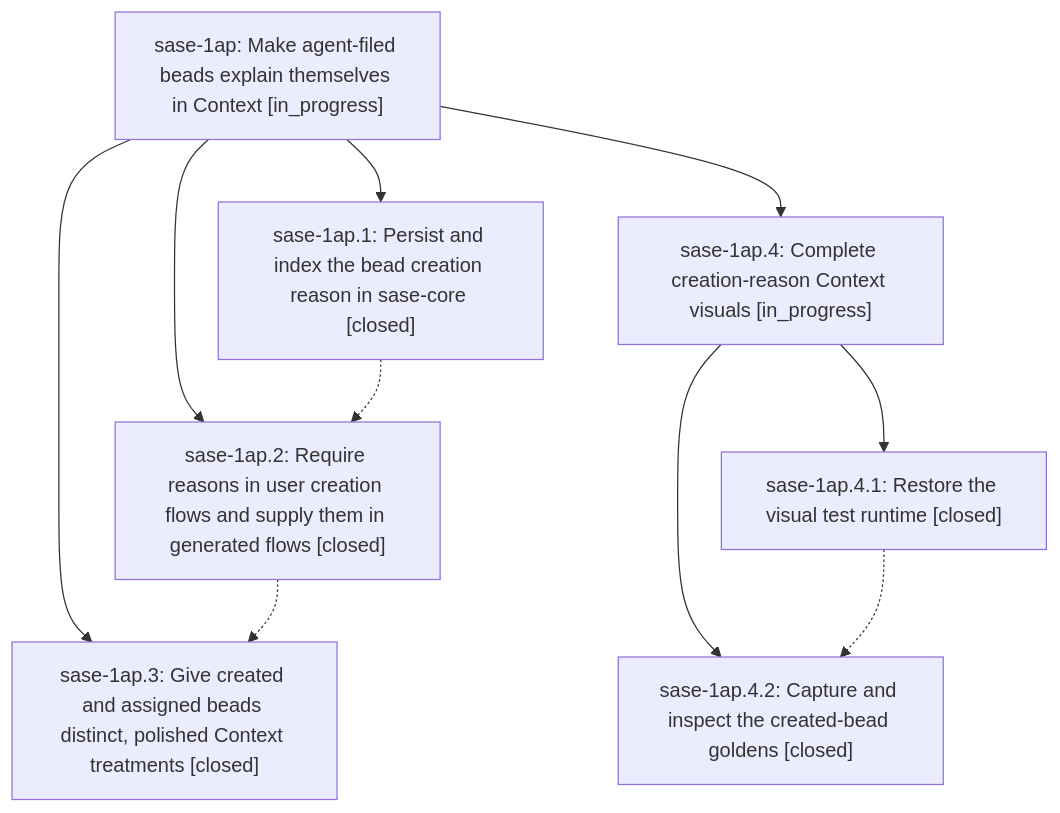
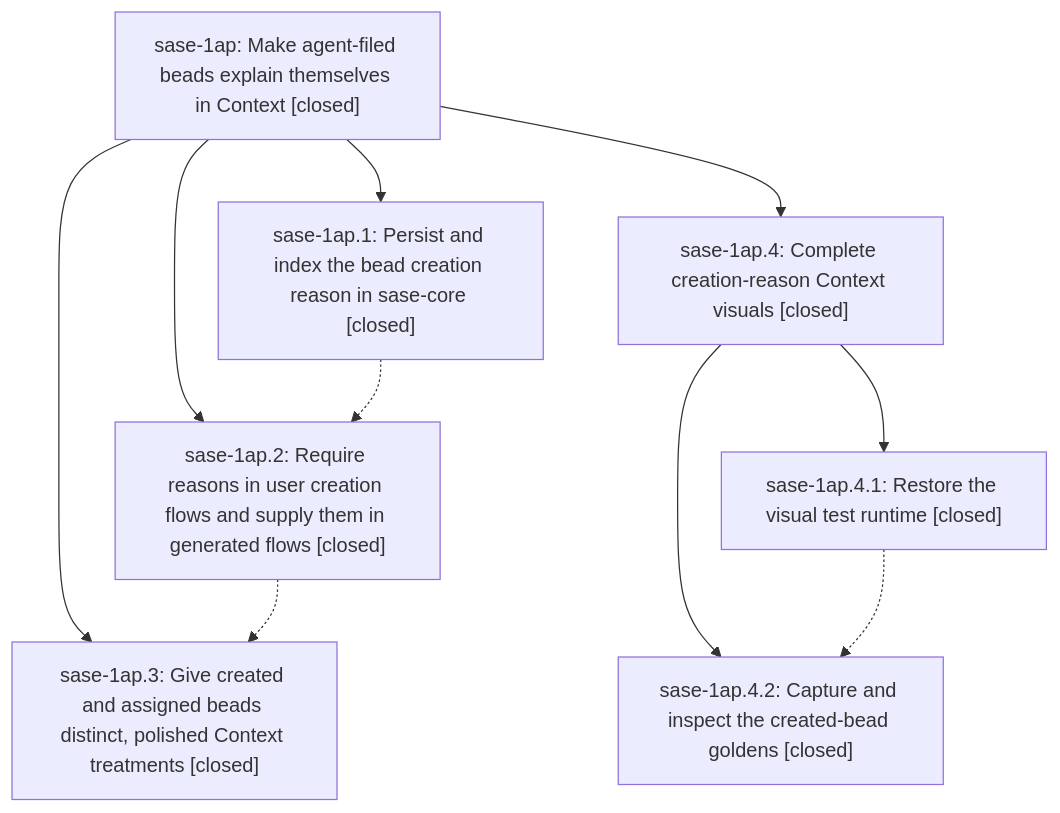
Before and after one commit to sase-org/sase--beads: the diagram in pages/sase-1ap/README.md, drawn with Mermaid. The commit also changed other lines of this file and 3 other files, not shown here.

First line of the commit message:
chore(beads): sync bead state and pages for sase-1ap

````diff
--- a/pages/sase-1ap/README.md
+++ b/pages/sase-1ap/README.md
@@ -42,19 +44,19 @@
 ```mermaid
 flowchart TD
-    n0["sase-1ap: Make agent-filed beads explain themselves in Context [in_progress]"]
+    n0["sase-1ap: Make agent-filed beads explain themselves in Context [closed]"]
     n1["sase-1ap.1: Persist and index the bead creation reason in sase-core [closed]"]
     n2["sase-1ap.2: Require reasons in user creation flows and supply them in generated flows [closed]"]
     n3["sase-1ap.3: Give created and assigned beads distinct, polished Context treatments [closed]"]
-    n4["sase-1ap.4: Complete creation-reason Context visuals [in_progress]"]
+    n4["sase-1ap.4: Complete creation-reason Context visuals [closed]"]
     n5["sase-1ap.4.1: Restore the visual test runtime [closed]"]
     n6["sase-1ap.4.2: Capture and inspect the created-bead goldens [closed]"]
     n0 --> n1
     n0 --> n2
     n0 --> n3
     n0 --> n4
     n4 --> n5
     n4 --> n6
     n1 -.-> n2
     n2 -.-> n3
     n5 -.-> n6
 ```
````
